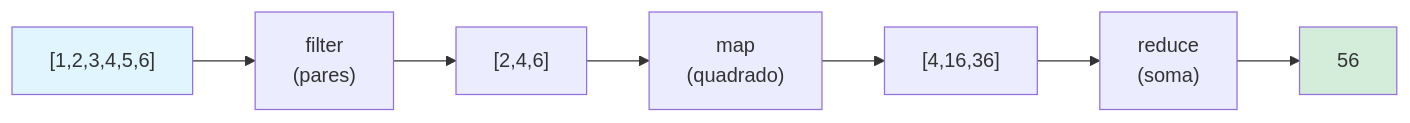
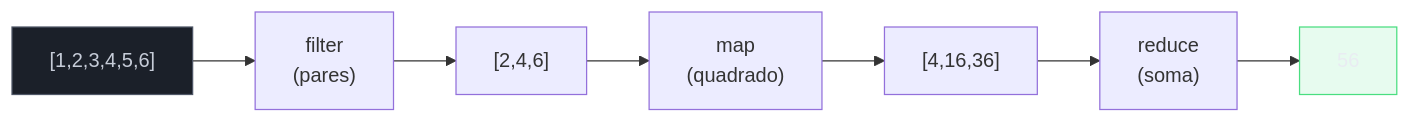
One commit to josenaldo/codex-technomanticus changed the second of 4 diagrams in 03-Dominios/Ciência/Paradigmas/06 - Composição e recursão.md. Above: the diagram before and after it, drawn with Mermaid. The commit also changed other lines of this file and 1181 other files, not shown here.

First line of the commit message:
fix(diagramas): paleta do sistema no lugar de cor cravada no markdown

````diff
--- a/03-Dominios/Ciência/Paradigmas/06 - Composição e recursão.md
+++ b/03-Dominios/Ciência/Paradigmas/06 - Composição e recursão.md
@@ -131,11 +133,13 @@
 ```mermaid
 flowchart LR
+  classDef neutro fill:#1B2029,stroke:#4E5666,color:#C6CCD8
+  classDef ok fill:#4ADE8021,stroke:#4ADE80,color:#E9ECF2
   L["[1,2,3,4,5,6]"] --> FILT["filter<br/>(pares)"]
   FILT --> M["[2,4,6]"]
   M --> MAP["map<br/>(quadrado)"]
   MAP --> Q["[4,16,36]"]
   Q --> RED["reduce<br/>(soma)"]
   RED --> S["56"]
-  style L fill:#e1f5ff
-  style S fill:#d4edda
+  class L neutro
+  class S ok
 ```
````
